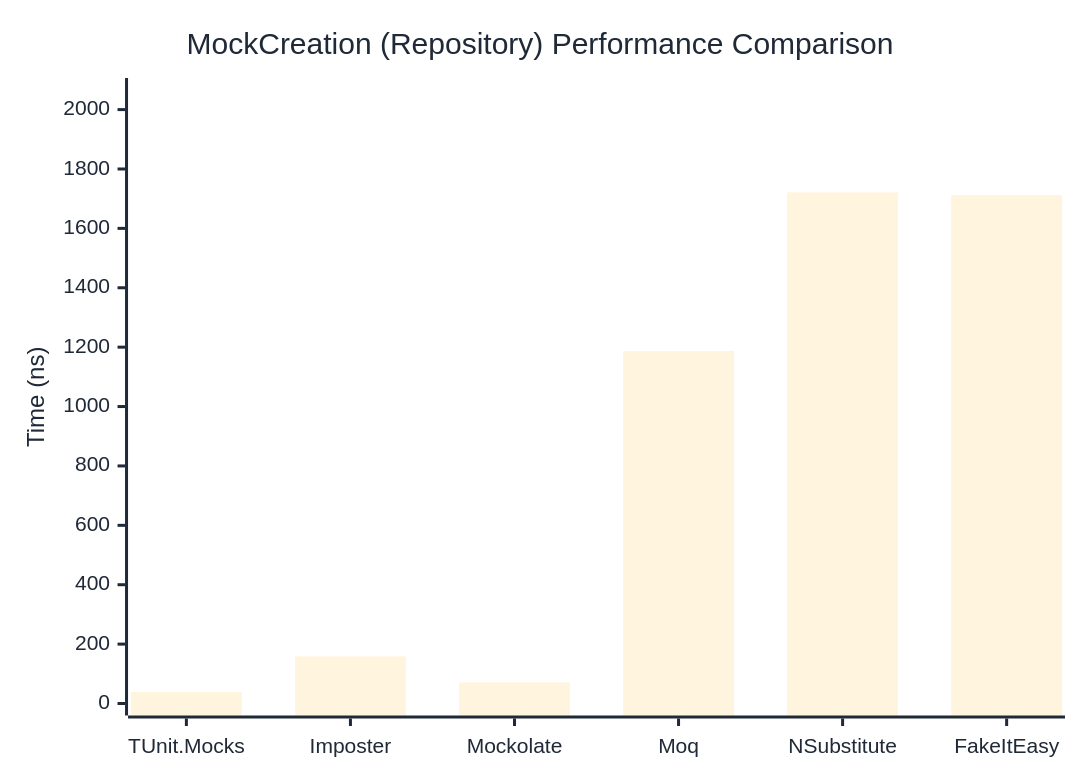
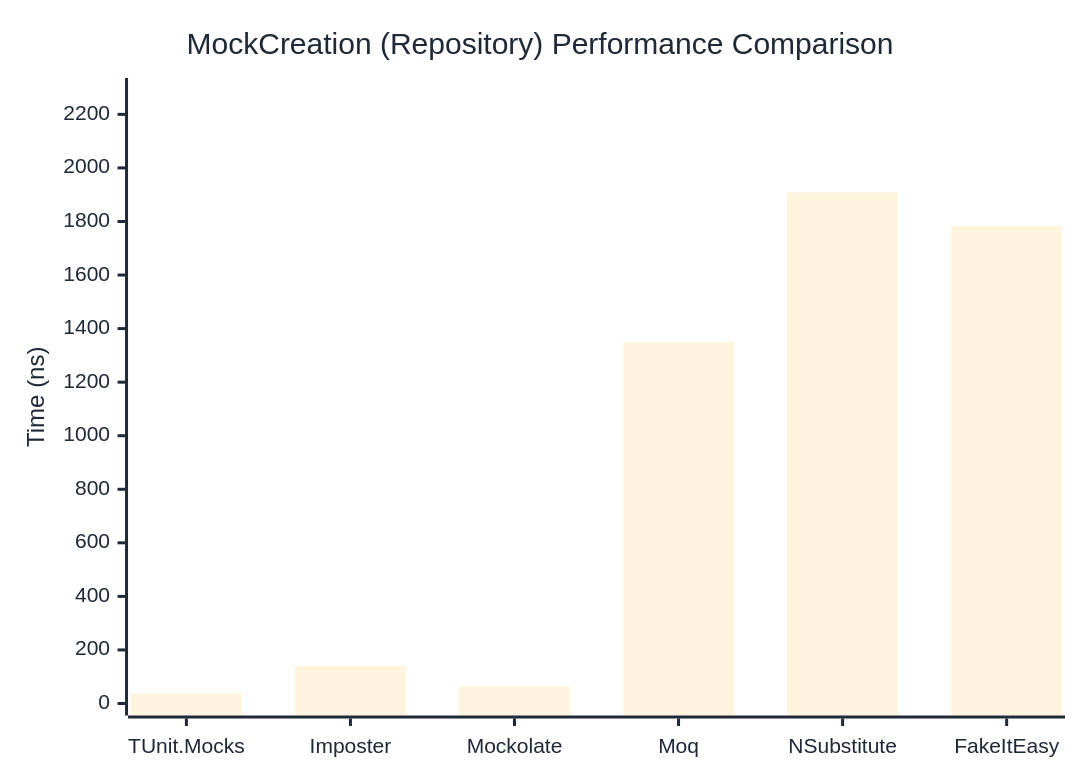
Before and after one commit to thomhurst/TUnit: the second of 2 diagrams in docs/docs/benchmarks/mocks/MockCreation.md, drawn with Mermaid. The commit also changed other lines of this file and 14 other files, not shown here.

````diff
--- a/docs/docs/benchmarks/mocks/MockCreation.md
+++ b/docs/docs/benchmarks/mocks/MockCreation.md
@@ -69,27 +69,27 @@
 ```mermaid
 %%{init: {
   'theme':'base',
   'themeVariables': {
     'primaryColor': '#2563eb',
     'primaryTextColor': '#1f2937',
     'primaryBorderColor': '#1e40af',
     'lineColor': '#6b7280',
     'secondaryColor': '#7c3aed',
     'tertiaryColor': '#dc2626',
     'background': '#ffffff',
     'pie1': '#2563eb',
     'pie2': '#7c3aed',
     'pie3': '#dc2626',
     'pie4': '#f59e0b',
     'pie5': '#10b981',
     'pie6': '#06b6d4',
     'pie7': '#ec4899',
     'pie8': '#6366f1'
   }
 }}%%
 xychart-beta
   title "MockCreation (Repository) Performance Comparison"
   x-axis ["TUnit.Mocks", "Imposter", "Mockolate", "Moq", "NSubstitute", "FakeItEasy"]
-  y-axis "Time (ns)" 0 --> 2066
-  bar [39.18, 158.92, 70.78, 1186.8, 1721.49, 1711.91]
+  y-axis "Time (ns)" 0 --> 2291
+  bar [37.87, 140.4, 64.01, 1349.92, 1908.86, 1783.93]
 ```
````
